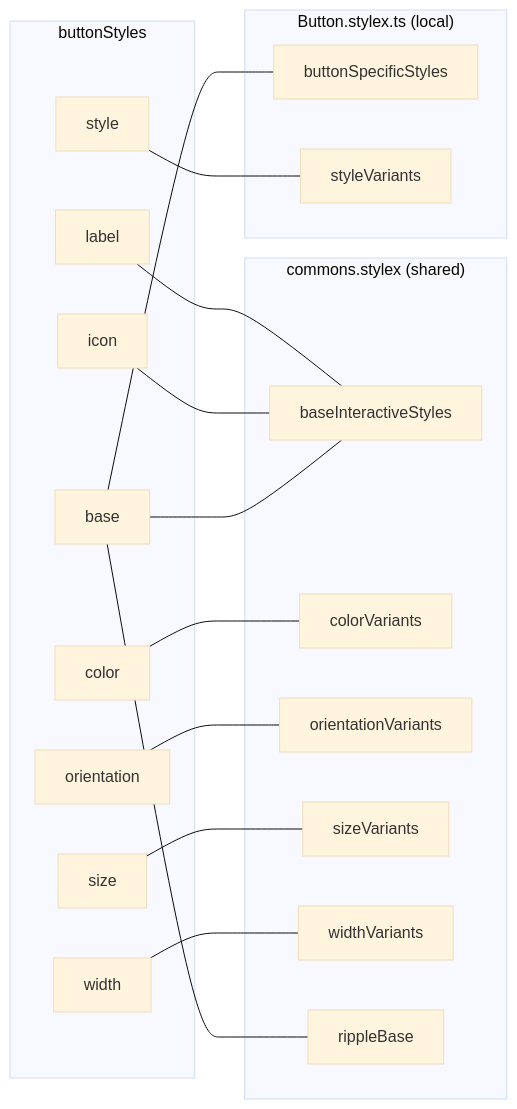
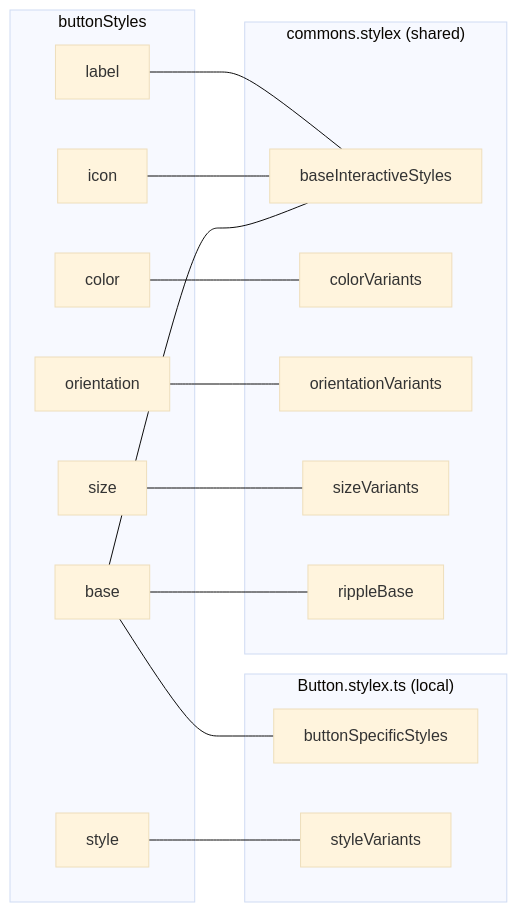
One commit to luciocabrera/lcabrera-stack changed the third of 3 diagrams in packages/ui/src/components/Button/ARCHITECTURE.md. Above: the diagram before and after it, drawn with Mermaid (base theme). The commit also changed 3 other files, not shown here.

````diff
--- a/packages/ui/src/components/Button/ARCHITECTURE.md
+++ b/packages/ui/src/components/Button/ARCHITECTURE.md
@@ -78,38 +78,35 @@
 ```mermaid
 graph LR
   subgraph "buttonStyles"
     bs_base["base"]
     bs_color["color"]
     bs_icon["icon"]
     bs_label["label"]
     bs_orientation["orientation"]
     bs_size["size"]
     bs_style["style"]
-    bs_width["width"]
   end
 
   subgraph "commons.stylex (shared)"
     baseInteractiveStyles
     colorVariants
     orientationVariants
     sizeVariants
-    widthVariants
     rippleBase
   end
 
   subgraph "Button.stylex.ts (local)"
     buttonSpecificStyles
     styleVariants
   end
 
   bs_base --- baseInteractiveStyles
   bs_base --- buttonSpecificStyles
   bs_base --- rippleBase
   bs_color --- colorVariants
   bs_icon --- baseInteractiveStyles
   bs_label --- baseInteractiveStyles
   bs_orientation --- orientationVariants
   bs_size --- sizeVariants
   bs_style --- styleVariants
-  bs_width --- widthVariants
 ```
````
